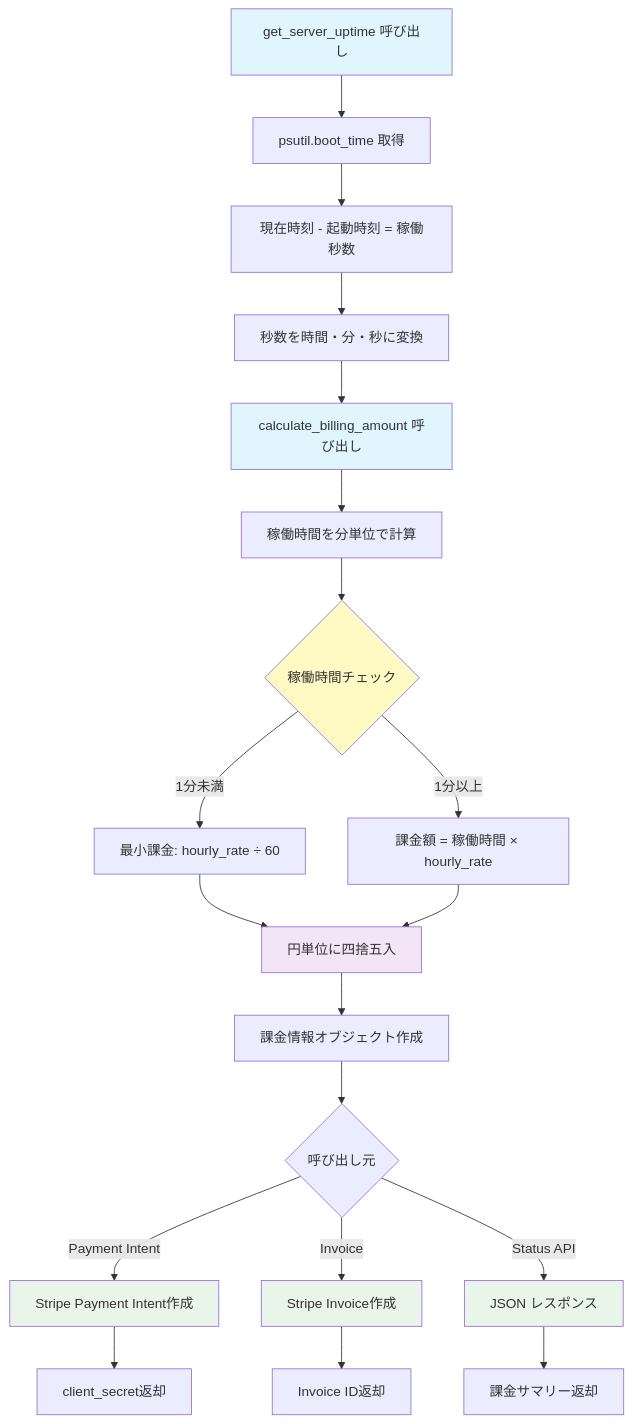
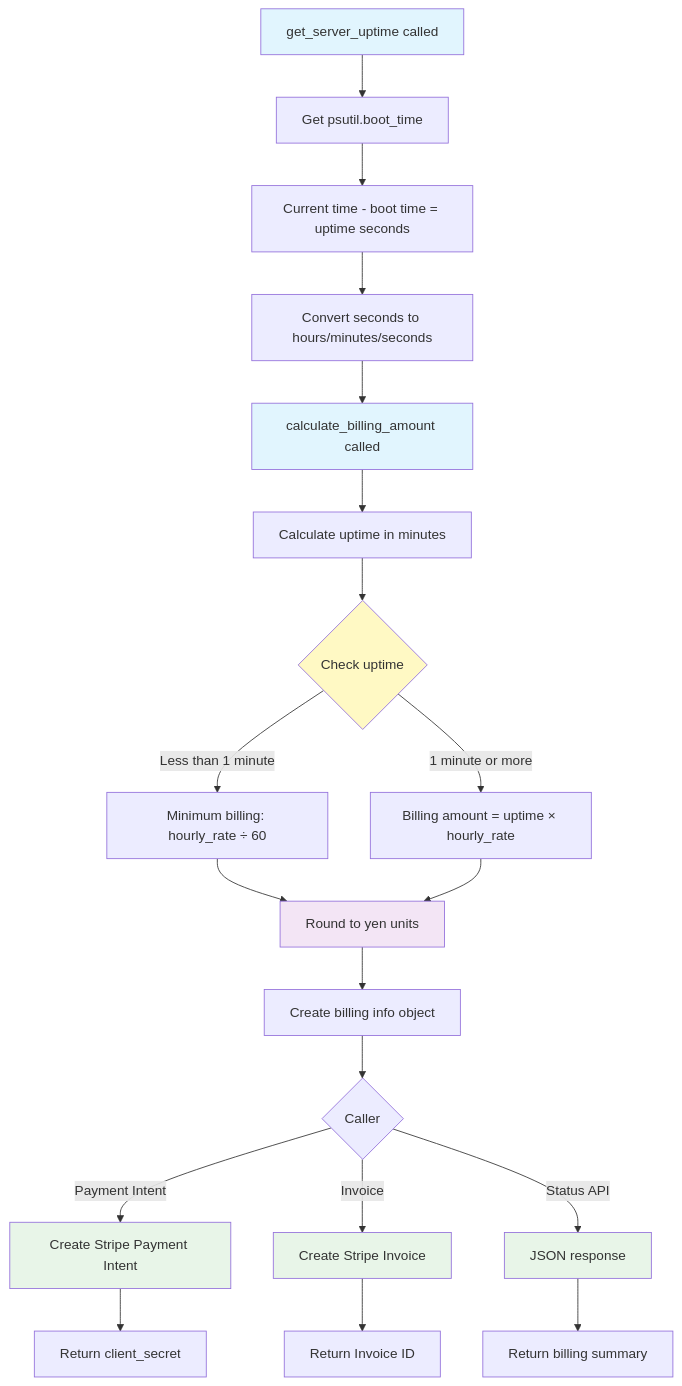
The second of 3 diagrams in README.md (mi81ma/stripe-python), drawn with Mermaid before and after one commit. The commit also changed other lines of this file, not shown here.

````diff
--- a/README.md
+++ b/README.md
@@ -370,34 +352,34 @@
 ```mermaid
 graph TD
-    A[get_server_uptime 呼び出し] --> B[psutil.boot_time 取得]
-    B --> C[現在時刻 - 起動時刻 = 稼働秒数]
-    C --> D[秒数を時間・分・秒に変換]
+    A[get_server_uptime called] --> B[Get psutil.boot_time]
+    B --> C[Current time - boot time = uptime seconds]
+    C --> D[Convert seconds to hours/minutes/seconds]
     
-    D --> E[calculate_billing_amount 呼び出し]
-    E --> F[稼働時間を分単位で計算]
-    F --> G{稼働時間チェック}
+    D --> E[calculate_billing_amount called]
+    E --> F[Calculate uptime in minutes]
+    F --> G{Check uptime}
     
-    G -->|1分未満| H[最小課金: hourly_rate ÷ 60]
-    G -->|1分以上| I[課金額 = 稼働時間 × hourly_rate]
+    G -->|Less than 1 minute| H[Minimum billing: hourly_rate ÷ 60]
+    G -->|1 minute or more| I[Billing amount = uptime × hourly_rate]
     
-    H --> J[円単位に四捨五入]
+    H --> J[Round to yen units]
     I --> J
-    J --> K[課金情報オブジェクト作成]
+    J --> K[Create billing info object]
     
-    K --> L{呼び出し元}
-    L -->|Payment Intent| M[Stripe Payment Intent作成]
-    L -->|Invoice| N[Stripe Invoice作成]  
-    L -->|Status API| O[JSON レスポンス]
+    K --> L{Caller}
+    L -->|Payment Intent| M[Create Stripe Payment Intent]
+    L -->|Invoice| N[Create Stripe Invoice]
+    L -->|Status API| O[JSON response]
     
-    M --> P[client_secret返却]
-    N --> Q[Invoice ID返却]
-    O --> R[課金サマリー返却]
+    M --> P[Return client_secret]
+    N --> Q[Return Invoice ID]
+    O --> R[Return billing summary]
     
     style A fill:#e1f5fe
     style E fill:#e1f5fe
     style G fill:#fff9c4
     style J fill:#f3e5f5
     style M fill:#e8f5e8
     style N fill:#e8f5e8
     style O fill:#e8f5e8
 ```
````
